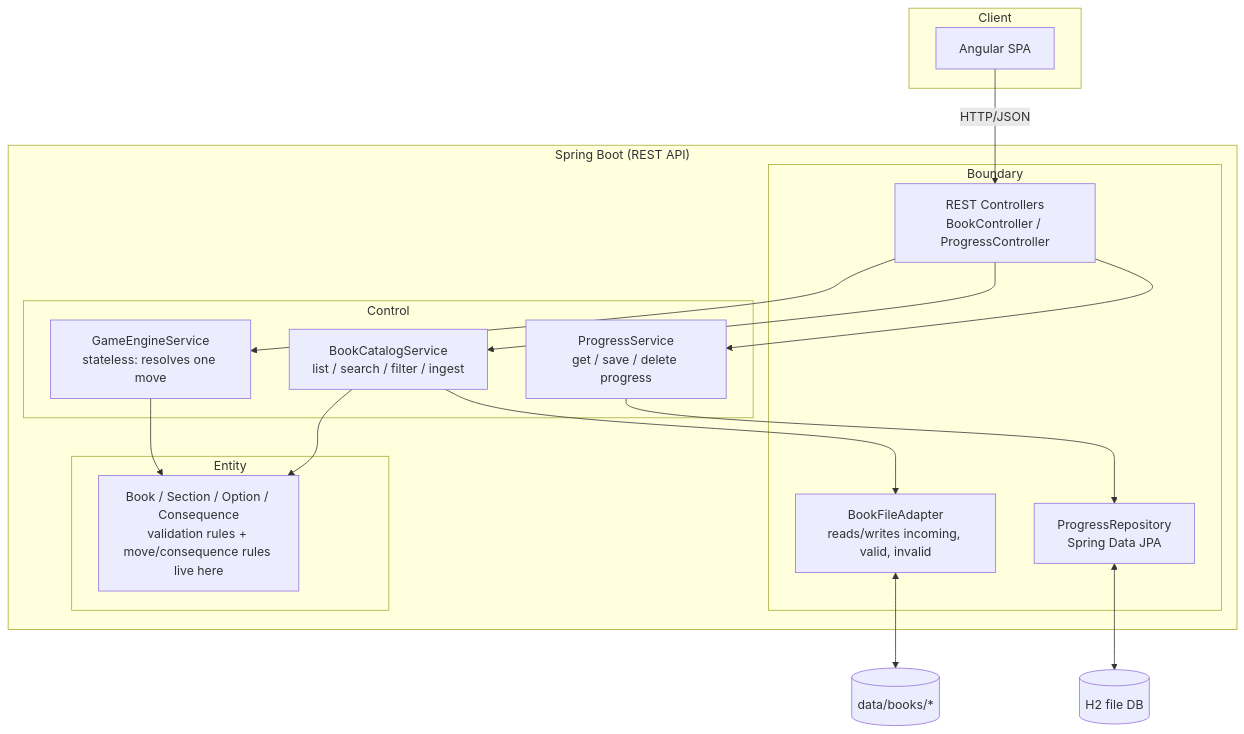
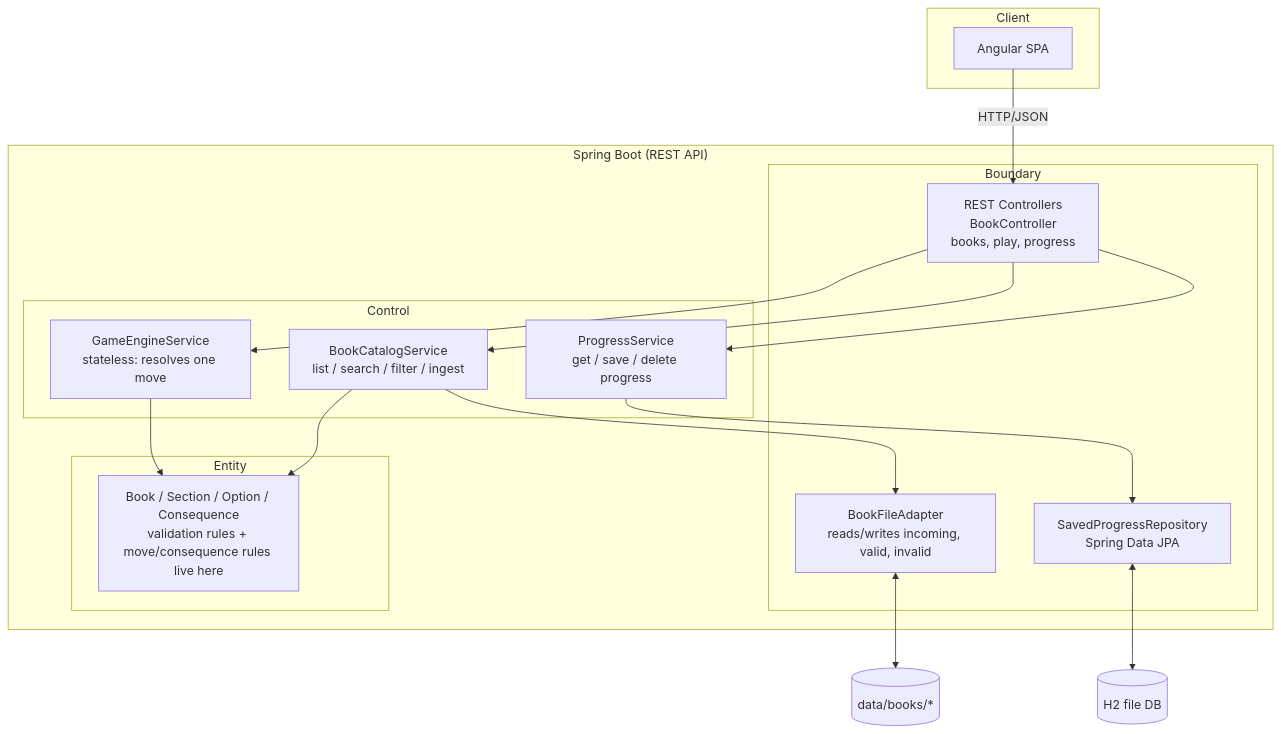
Before and after one commit to Fauler/Adventure-book: the first of 3 diagrams in docs/03-technical-architecture.md, drawn with Mermaid. The commit also changed other lines of this file and 17 other files, not shown here.

````diff
--- a/docs/03-technical-architecture.md
+++ b/docs/03-technical-architecture.md
@@ -35,37 +35,37 @@
 ```mermaid
 flowchart TB
     subgraph Client
         SPA[Angular SPA]
     end
 
     SPA -->|HTTP/JSON| RC
 
     subgraph SpringBoot["Spring Boot (REST API)"]
         subgraph Boundary
-            RC[REST Controllers<br/>BookController / ProgressController]
+            RC[REST Controllers<br/>BookController<br/>books, play, progress]
             BL[BookFileAdapter<br/>reads/writes incoming, valid, invalid]
-            PR[ProgressRepository<br/>Spring Data JPA]
+            PR[SavedProgressRepository<br/>Spring Data JPA]
         end
 
         subgraph Control
             BCS[BookCatalogService<br/>list / search / filter / ingest]
             GES[GameEngineService<br/>stateless: resolves one move]
             PS[ProgressService<br/>get / save / delete progress]
         end
 
         subgraph Entity
             DOM["Book / Section / Option / Consequence<br/>validation rules + move/consequence rules live here"]
         end
     end
 
     RC --> BCS
     RC --> GES
     RC --> PS
     BCS --> BL
     BCS --> DOM
     GES --> DOM
     PS --> PR
 
     BL <--> FILES[(data/books/*)]
     PR <--> H2[(H2 file DB)]
 ```
````
